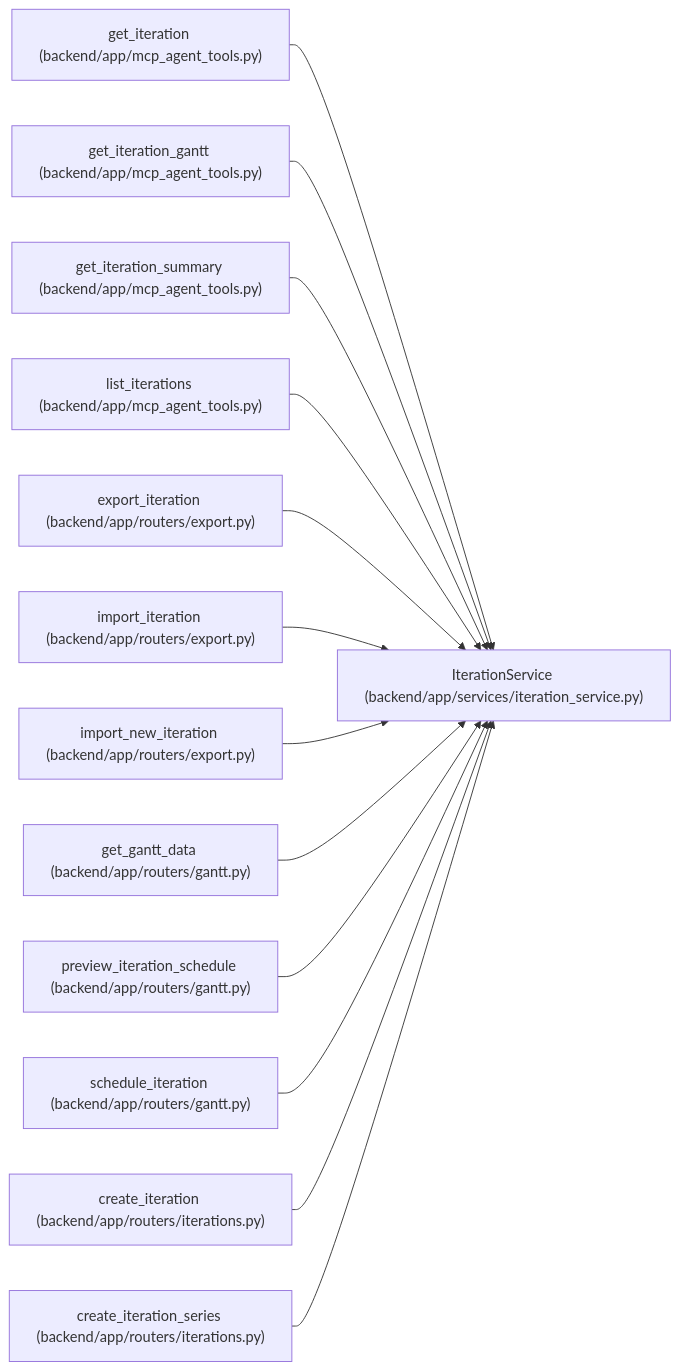
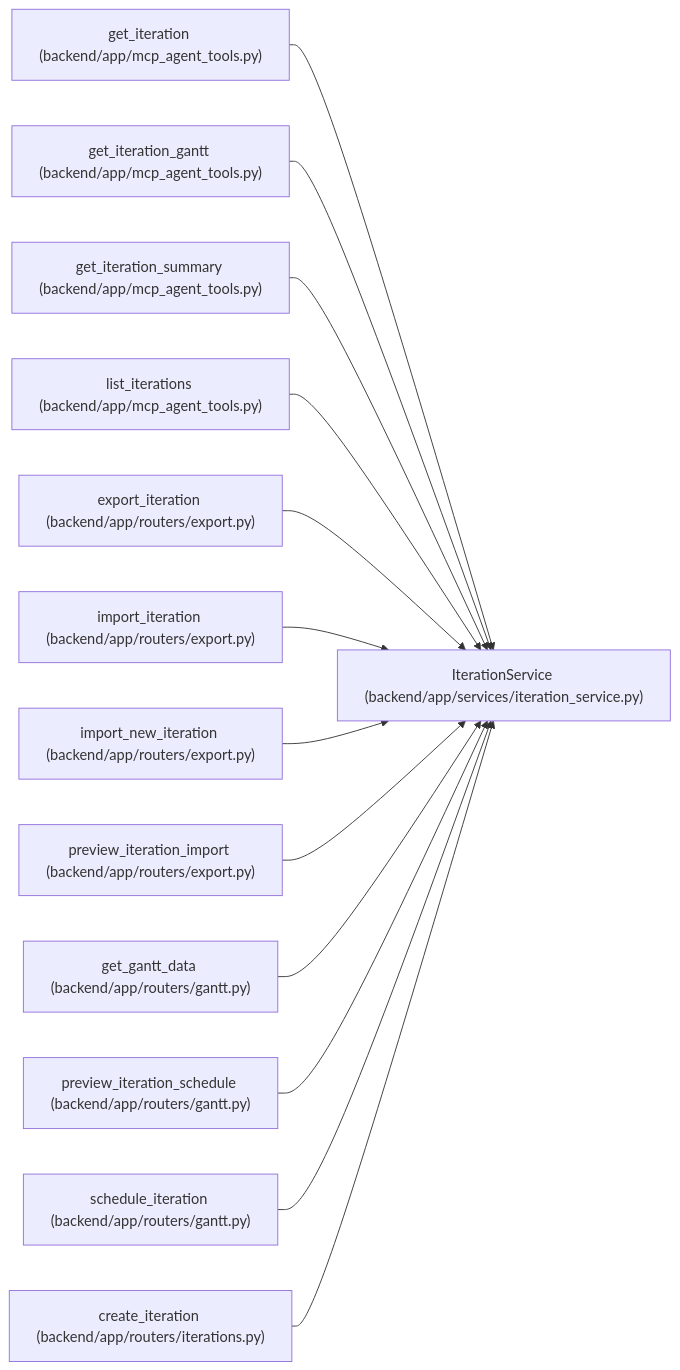
One commit to Denissvgn/WorkChord changed the diagram in docs/llm_wiki/entities/IterationService.md. Above: the diagram before and after it, drawn with Mermaid. The commit also changed other lines of this file and 10148 other files, not shown here.

````diff
--- a/docs/llm_wiki/entities/IterationService.md
+++ b/docs/llm_wiki/entities/IterationService.md
@@ -48,41 +48,41 @@
 ```mermaid
 flowchart LR
     n0["IterationService (backend/app/services/iteration_service.py)"]
     n1["get_iteration (backend/app/mcp_agent_tools.py)"]
     n2["get_iteration_gantt (backend/app/mcp_agent_tools.py)"]
     n3["get_iteration_summary (backend/app/mcp_agent_tools.py)"]
     n4["list_iterations (backend/app/mcp_agent_tools.py)"]
     n5["export_iteration (backend/app/routers/export.py)"]
     n6["import_iteration (backend/app/routers/export.py)"]
     n7["import_new_iteration (backend/app/routers/export.py)"]
-    n8["get_gantt_data (backend/app/routers/gantt.py)"]
-    n9["preview_iteration_schedule (backend/app/routers/gantt.py)"]
-    n10["schedule_iteration (backend/app/routers/gantt.py)"]
-    n11["create_iteration (backend/app/routers/iterations.py)"]
-    n12["create_iteration_series (backend/app/routers/iterations.py)"]
+    n8["preview_iteration_import (backend/app/routers/export.py)"]
+    n9["get_gantt_data (backend/app/routers/gantt.py)"]
+    n10["preview_iteration_schedule (backend/app/routers/gantt.py)"]
+    n11["schedule_iteration (backend/app/routers/gantt.py)"]
+    n12["create_iteration (backend/app/routers/iterations.py)"]
     n1 --> n0
     n2 --> n0
     n3 --> n0
     n4 --> n0
     n5 --> n0
     n6 --> n0
     n7 --> n0
     n8 --> n0
     n9 --> n0
     n10 --> n0
     n11 --> n0
     n12 --> n0
     click n0 "../modules/iteration_service.md"
     click n1 "../modules/mcp_agent_tools.md"
     click n2 "../modules/mcp_agent_tools.md"
     click n3 "../modules/mcp_agent_tools.md"
     click n4 "../modules/mcp_agent_tools.md"
     click n5 "../modules/export.md"
     click n6 "../modules/export.md"
     click n7 "../modules/export.md"
-    click n8 "../modules/routers_gantt.md"
+    click n8 "../modules/export.md"
     click n9 "../modules/routers_gantt.md"
     click n10 "../modules/routers_gantt.md"
-    click n11 "../modules/iterations.md"
+    click n11 "../modules/routers_gantt.md"
     click n12 "../modules/iterations.md"
 ```
````
